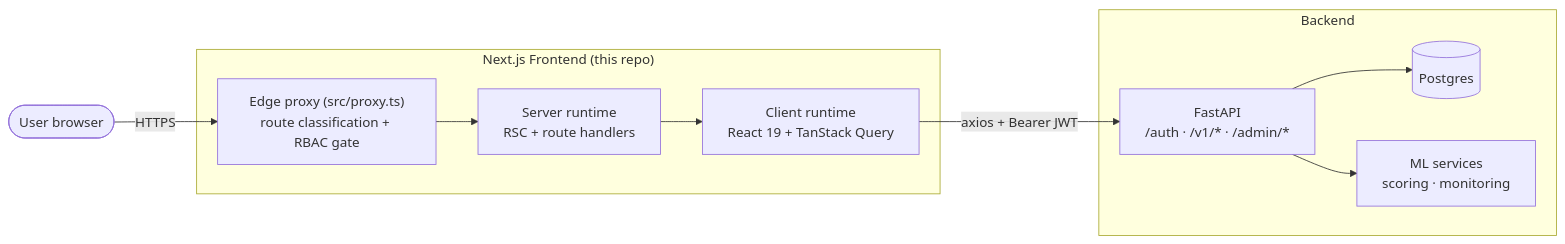
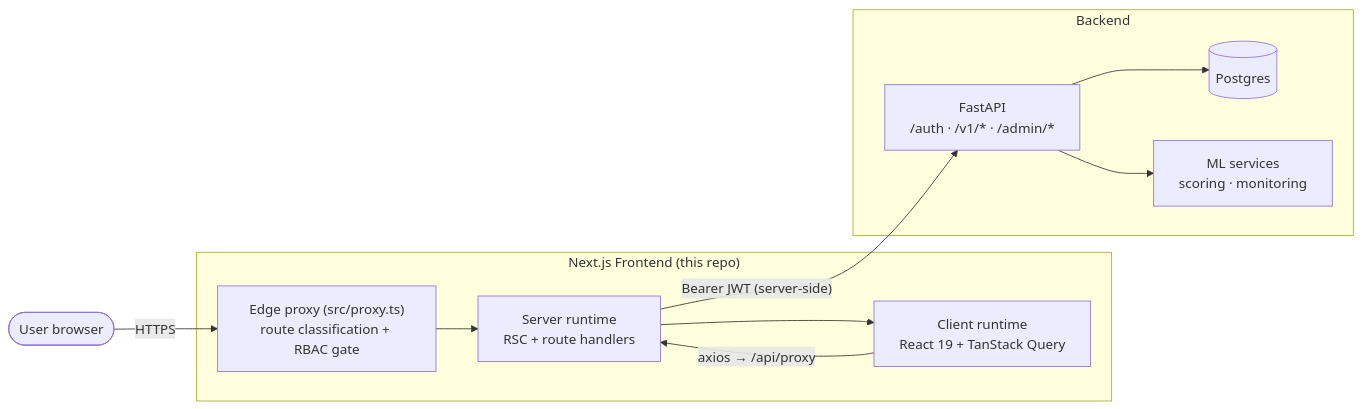
Before and after one commit to blacheinc/payswitch-cs-frontend: the first of 3 diagrams in docs/architecture.md, drawn with Mermaid. The commit also changed other lines of this file and 42 other files, not shown here.

````diff
--- a/docs/architecture.md
+++ b/docs/architecture.md
@@ -16,23 +16,24 @@
 ```mermaid
 flowchart LR
     User([User browser])
 
     subgraph FE["Next.js Frontend (this repo)"]
         Edge["Edge proxy (src/proxy.ts)<br/>route classification + RBAC gate"]
         SSR["Server runtime<br/>RSC + route handlers"]
         Client["Client runtime<br/>React 19 + TanStack Query"]
     end
 
     subgraph BE["Backend"]
         API["FastAPI<br/>/auth · /v1/* · /admin/*"]
         DB[(Postgres)]
         ML["ML services<br/>scoring · monitoring"]
     end
 
     User -- HTTPS --> Edge
     Edge --> SSR
     SSR --> Client
-    Client -- "axios + Bearer JWT" --> API
+    Client -- "axios → /api/proxy" --> SSR
+    SSR -- "Bearer JWT (server-side)" --> API
     API --> DB
     API --> ML
 ```
````
